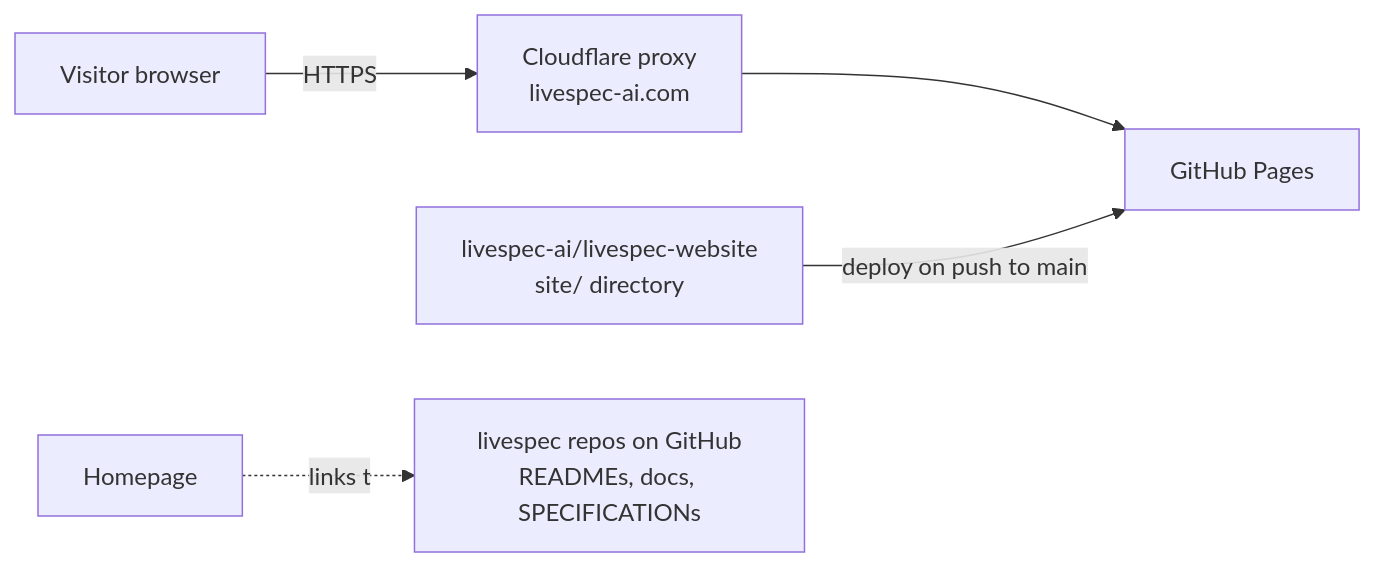
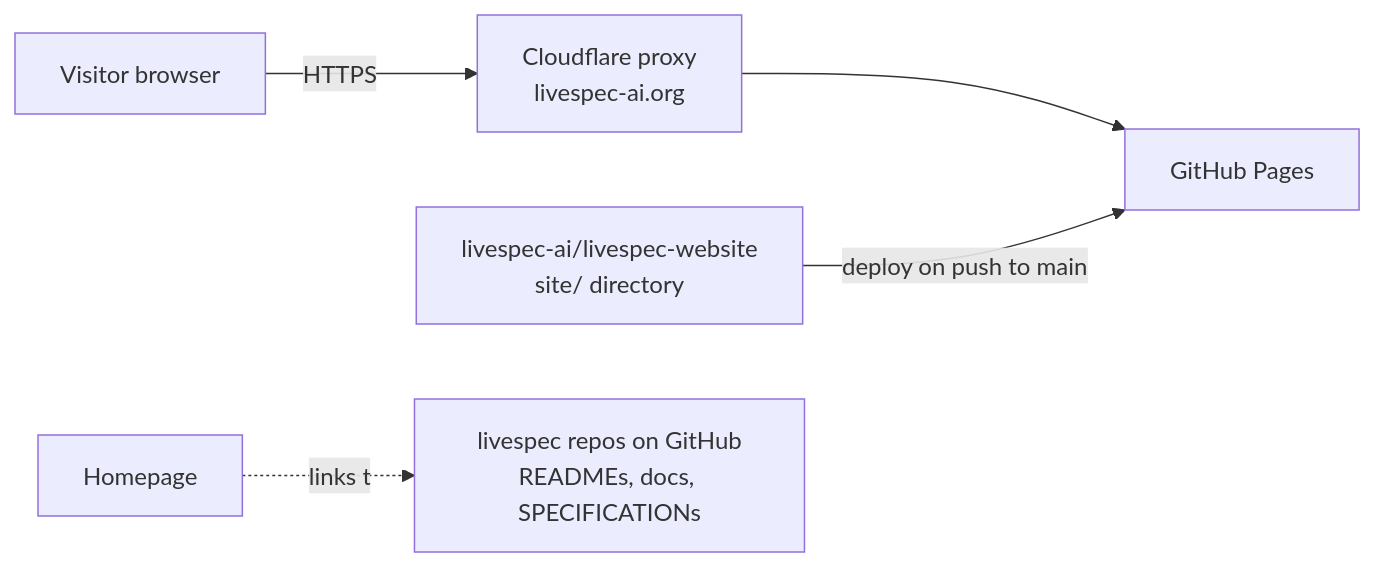
The diagram in SPECIFICATION/spec.md (livespec-ai/livespec-website), drawn with Mermaid before and after one commit. The commit also changed other lines of this file and 13 other files, not shown here.

Commit message:
Revise spec to v003: correct site domain to livespec-ai.org

````diff
--- a/SPECIFICATION/spec.md
+++ b/SPECIFICATION/spec.md
@@ -30,7 +30,7 @@
 ```mermaid
 flowchart LR
-    visitor[Visitor browser] -->|HTTPS| cf[Cloudflare proxy<br/>livespec-ai.com]
+    visitor[Visitor browser] -->|HTTPS| cf[Cloudflare proxy<br/>livespec-ai.org]
     cf --> pages[GitHub Pages]
     repo[livespec-ai/livespec-website<br/>site/ directory] -->|deploy on push to main| pages
     home[Homepage] -.links to.-> gh[livespec repos on GitHub<br/>READMEs, docs, SPECIFICATIONs]
 ```
````
